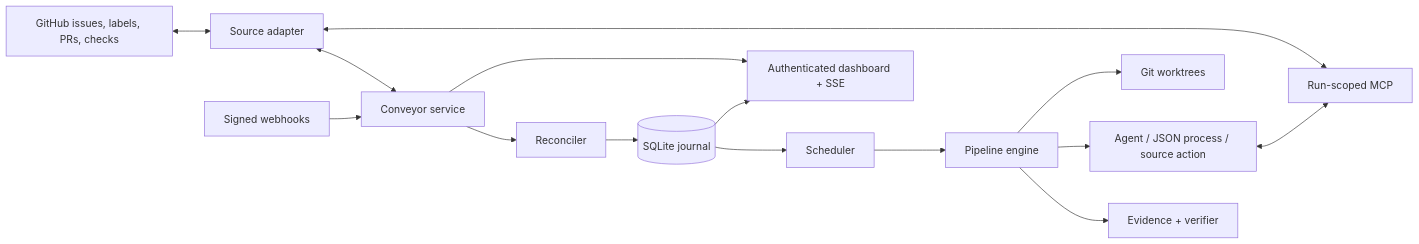
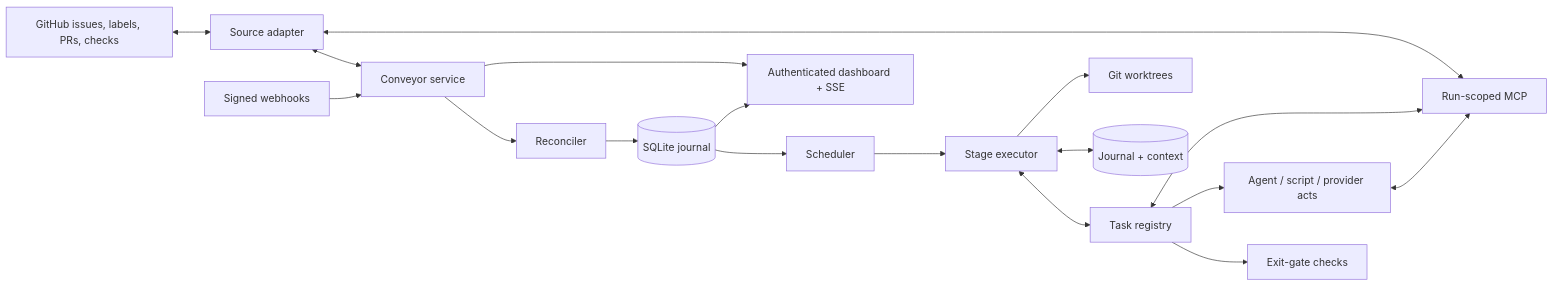
The diagram in README.md (Abaniumbay/conveyor), drawn with Mermaid before and after one commit. The commit also changed other lines of this file and 151 other files, not shown here.

First line of the commit message:
Run stages as configurable task chains with deterministic exit gates (#32)

````diff
--- a/README.md
+++ b/README.md
@@ -41,17 +39,20 @@
 ```mermaid
 flowchart LR
   GH[GitHub issues, labels, PRs, checks] <--> SA[Source adapter]
   WH[Signed webhooks] --> SVC[Conveyor service]
   SA <--> SVC
   SVC --> REC[Reconciler]
   REC --> DB[(SQLite journal)]
   DB --> SCH[Scheduler]
-  SCH --> PIPE[Pipeline engine]
-  PIPE --> CHECK[Evidence + verifier]
-  PIPE --> RUN[Agent / JSON process / source action]
+  SCH --> EXE[Stage executor]
+  EXE <--> REG[Task registry]
+  EXE <--> JNL[(Journal + context)]
+  REG --> GATE[Exit-gate checks]
+  REG --> RUN[Agent / script / provider acts]
   RUN <--> MCP[Run-scoped MCP]
+  MCP <--> REG
   MCP <--> SA
-  PIPE --> WT[Git worktrees]
+  EXE --> WT[Git worktrees]
   SVC --> WEB[Authenticated dashboard + SSE]
   DB --> WEB
 ```
````
